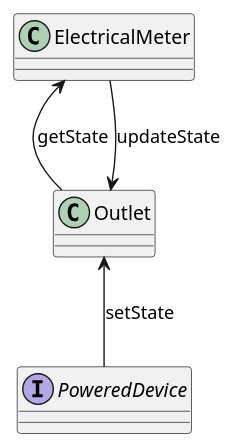
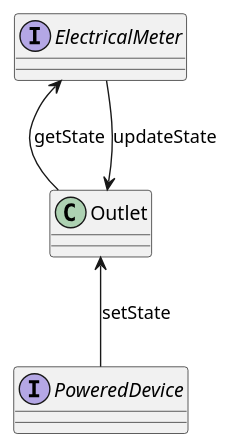
One commit to progetto-oop-22-23/OOP-report changed the diagram in monticelli/uml/ElectricalMeterSimple.puml. Above: the diagram before and after it, drawn with PlantUML.

Commit message:
[UML] Fix

```diff
--- a/monticelli/uml/ElectricalMeterSimple.puml
+++ b/monticelli/uml/ElectricalMeterSimple.puml
@@ -1,10 +1,10 @@
 @startuml ElectricalMeterSimple
-class ElectricalMeter
+interface ElectricalMeter
 class Outlet
 interface PoweredDevice
 
 ElectricalMeter <-- Outlet : getState
 Outlet <-- ElectricalMeter : updateState
 Outlet <-- PoweredDevice : setState
 
 @enduml
```
